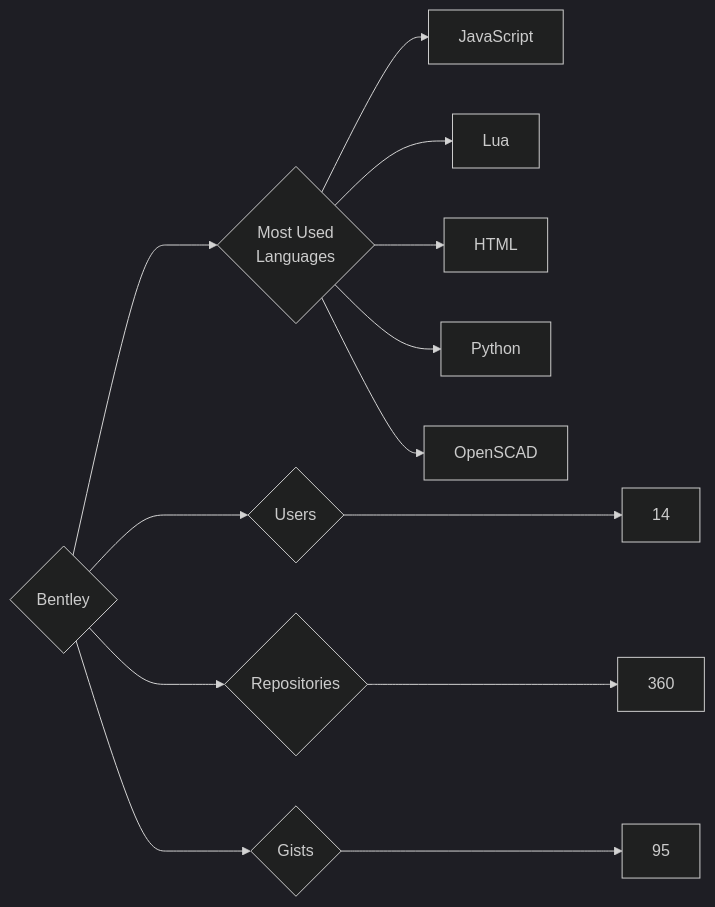
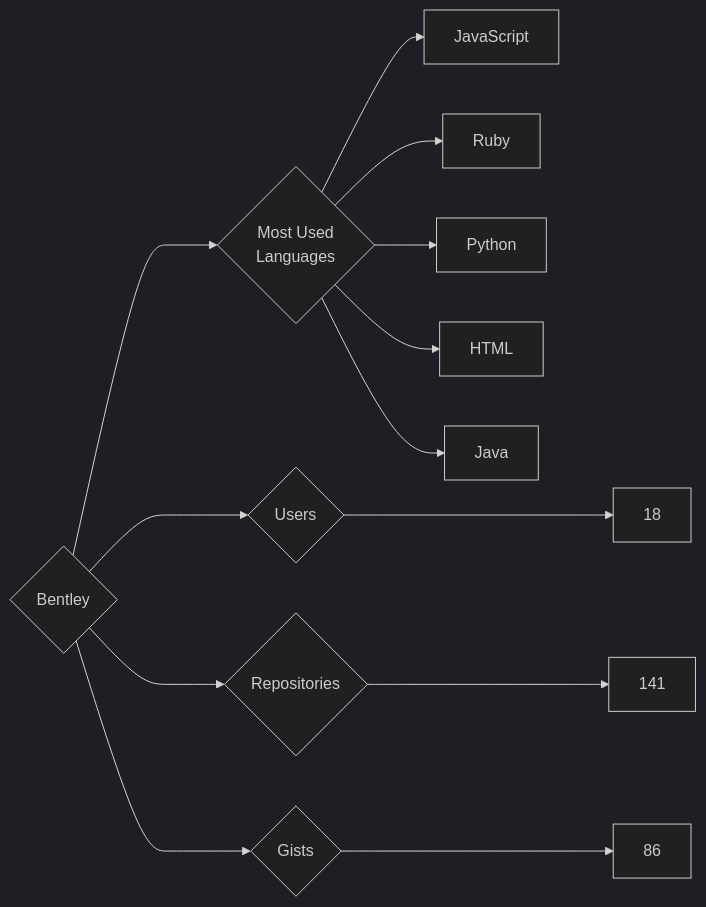
The diagram in targets/Bentley/README.md (trickest/insiders), drawn with Mermaid (dark theme) before and after one commit. The commit also changed 723 other files, not shown here.

````diff
--- a/targets/Bentley/README.md
+++ b/targets/Bentley/README.md
@@ -3,13 +3,13 @@
 ```mermaid
 graph LR
 COMPANY_NAME{Bentley}
-COMPANY_NAME ---> U{Users} ---> UN[14]
-COMPANY_NAME ---> R{Repositories} ---> RN[360]
-COMPANY_NAME ---> G{Gists} ---> GN[95]
+COMPANY_NAME ---> U{Users} ---> UN[18]
+COMPANY_NAME ---> R{Repositories} ---> RN[141]
+COMPANY_NAME ---> G{Gists} ---> GN[86]
 COMPANY_NAME ---> ML{Most Used<br>Languages}
 ML --> JavaScript[JavaScript]
-ML --> Lua[Lua]
+ML --> Ruby[Ruby]
+ML --> Python[Python]
 ML --> HTML[HTML]
-ML --> Python[Python]
-ML --> OpenSCAD[OpenSCAD]
+ML --> Java[Java]
 ```
````
